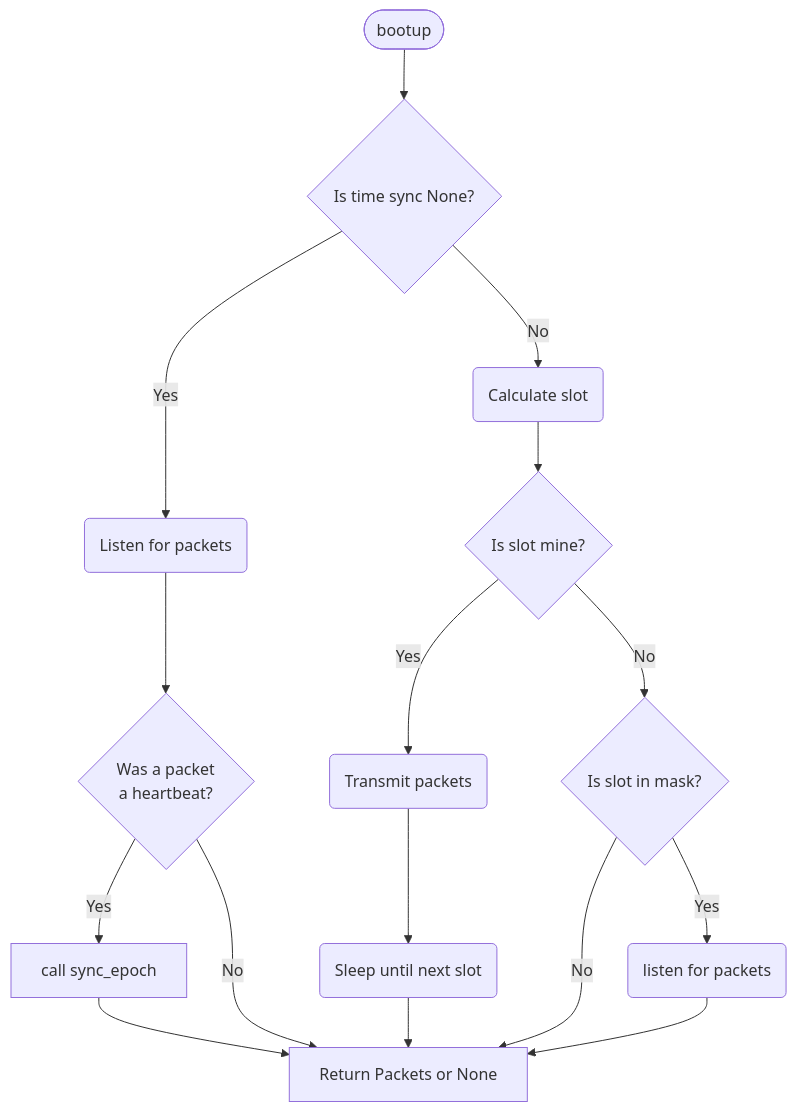
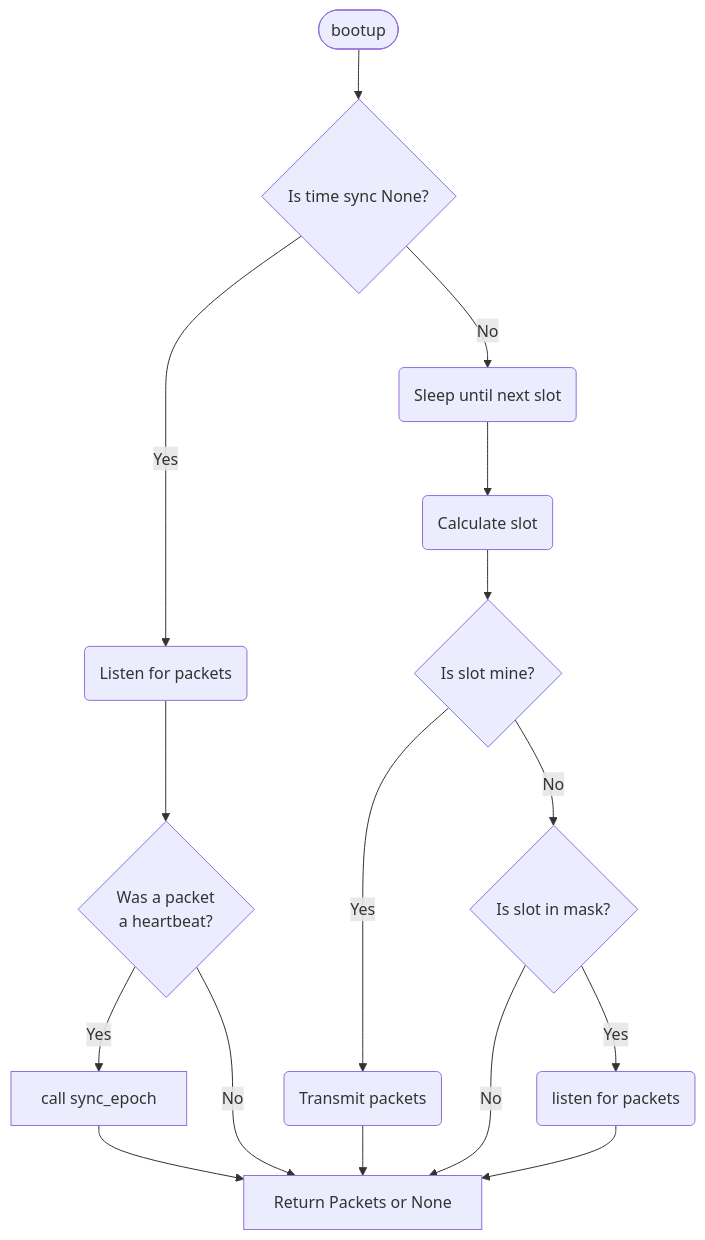
One commit to jakobolason/must-hop changed the fourth of 5 diagrams in must-hop/src/node/mac.md. Above: the diagram before and after it, drawn with Mermaid. The commit also changed other lines of this file and 1 other file, not shown here.

````diff
--- a/must-hop/src/node/mac.md
+++ b/must-hop/src/node/mac.md
@@ -132,22 +134,22 @@
 ```mermaid
 graph TD
     Start([bootup]) --> MatchEpoch{Is time sync None?}
     MatchEpoch -- Yes --> listenForHeart(Listen for packets)
     listenForHeart --> IsHeartbeat{Was a packet <br> a heartbeat?}
     IsHeartbeat -- Yes --> callSyncEpoch[call sync_epoch]
     callSyncEpoch --> ret[Return Packets or None]
     IsHeartbeat -- No --> ret
 
 
-    MatchEpoch -- No --> CalcSlot(Calculate slot)
+    MatchEpoch -- No --> Sleep(Sleep until next slot)
+    Sleep --> CalcSlot(Calculate slot)
     CalcSlot --> MatchSlot{Is slot mine?}
     MatchSlot -- Yes --> Tx(Transmit packets)
 
-    Tx --> Sleep(Sleep until next slot)
-    Sleep --> ret
+    Tx -->  ret
 
     MatchSlot -- No --> IsKnownSlot{Is slot in mask?}
     IsKnownSlot -- Yes --> Rx(listen for packets)
     IsKnownSlot -- No --> ret
     Rx --> ret
 ```
````
